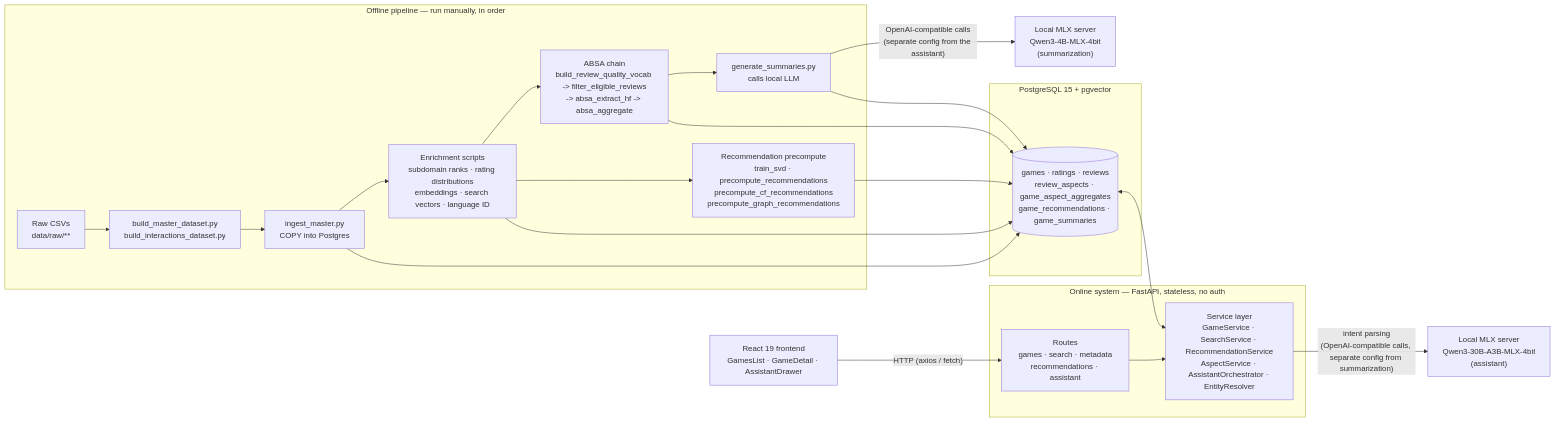
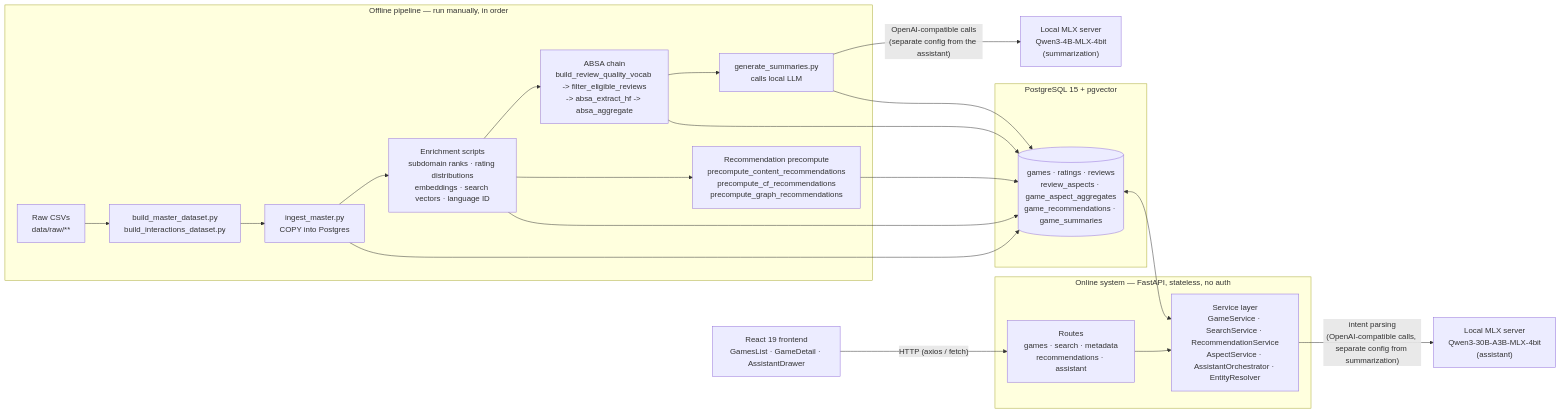
The diagram in docs/architecture/README.md (sina-negarandeh/ludora), drawn with Mermaid before and after one commit. The commit also changed other lines of this file and 19 other files, not shown here.

````diff
--- a/docs/architecture/README.md
+++ b/docs/architecture/README.md
@@ -9,34 +9,34 @@
 ```mermaid
 flowchart LR
     subgraph Offline["Offline pipeline — run manually, in order"]
         RAW["Raw CSVs\ndata/raw/**"] --> MERGE["build_master_dataset.py\nbuild_interactions_dataset.py"]
         MERGE --> INGEST["ingest_master.py\nCOPY into Postgres"]
         INGEST --> ENRICH["Enrichment scripts\nsubdomain ranks · rating distributions\nembeddings · search vectors · language ID"]
         ENRICH --> ABSA["ABSA chain\nbuild_review_quality_vocab -> filter_eligible_reviews\n-> absa_extract_hf -> absa_aggregate"]
-        ENRICH --> RECS["Recommendation precompute\ntrain_svd · precompute_recommendations\nprecompute_cf_recommendations\nprecompute_graph_recommendations"]
+        ENRICH --> RECS["Recommendation precompute\nprecompute_content_recommendations\nprecompute_cf_recommendations\nprecompute_graph_recommendations"]
         ABSA --> SUMM["generate_summaries.py\ncalls local LLM"]
     end
 
     SUMM -- "OpenAI-compatible calls\n(separate config from the assistant)" --> MLX2["Local MLX server\nQwen3-4B-MLX-4bit\n(summarization)"]
 
     subgraph DB["PostgreSQL 15 + pgvector"]
         TBLS[("games · ratings · reviews\nreview_aspects · game_aspect_aggregates\ngame_recommendations · game_summaries")]
     end
 
     INGEST --> TBLS
     ENRICH --> TBLS
     ABSA --> TBLS
     RECS --> TBLS
     SUMM --> TBLS
 
     subgraph Online["Online system — FastAPI, stateless, no auth"]
         API["Routes\ngames · search · metadata\nrecommendations · assistant"]
         SVC["Service layer\nGameService · SearchService · RecommendationService\nAspectService · AssistantOrchestrator · EntityResolver"]
         API --> SVC
     end
 
     TBLS <--> SVC
     SVC -- "intent parsing\n(OpenAI-compatible calls, separate config from summarization)" --> MLX["Local MLX server\nQwen3-30B-A3B-MLX-4bit\n(assistant)"]
 
     FE["React 19 frontend\nGamesList · GameDetail · AssistantDrawer"] -- "HTTP (axios / fetch)" --> API
 ```
````
